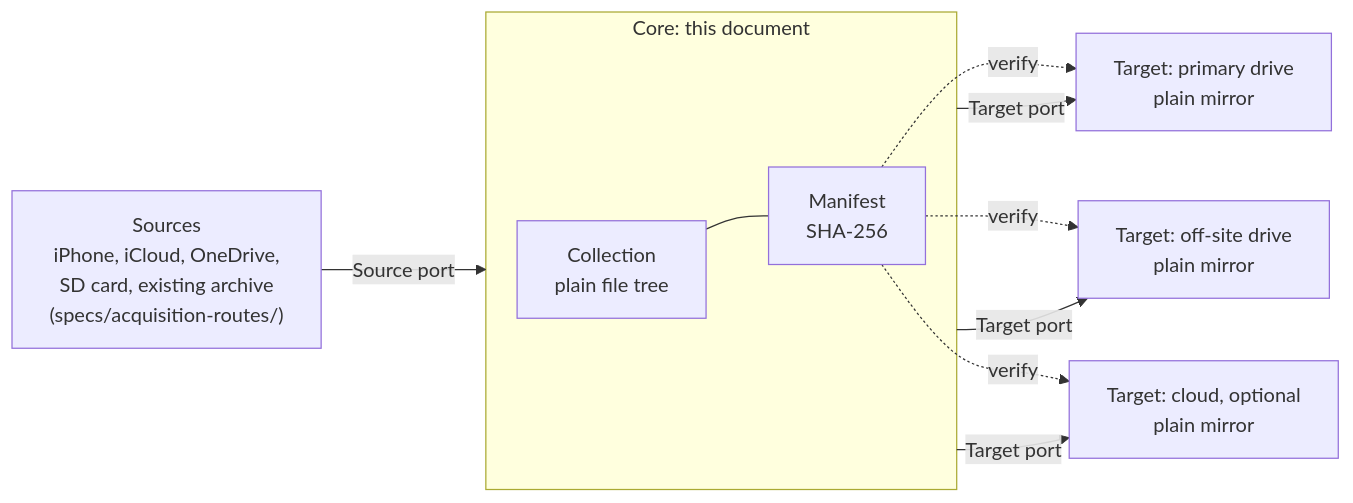
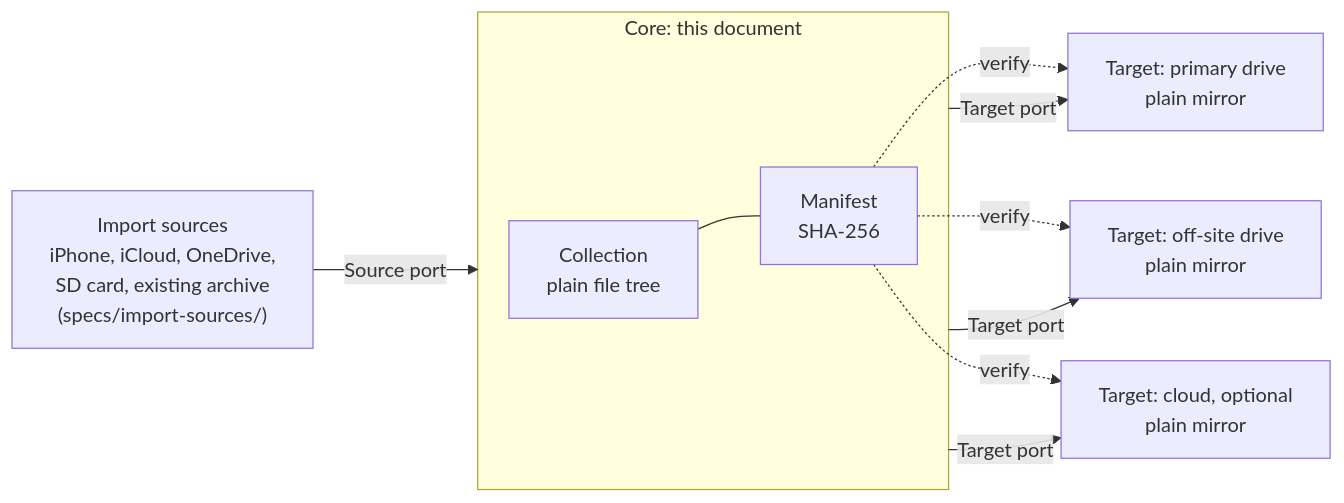
One commit to NikoAri/turbo-collection changed the diagram in specs/turbo-collection-spec.md. Above: the diagram before and after it, drawn with Mermaid. The commit also changed other lines of this file and 24 other files, not shown here.

````diff
--- a/specs/turbo-collection-spec.md
+++ b/specs/turbo-collection-spec.md
@@ -61,23 +61,23 @@
 ```mermaid
 flowchart LR
-    IN["Sources<br/>iPhone, iCloud, OneDrive,<br/>SD card, existing archive<br/>(specs/acquisition-routes/)"]
+    IN["Import sources<br/>iPhone, iCloud, OneDrive,<br/>SD card, existing archive<br/>(specs/import-sources/)"]
 
     subgraph CORE["Core: this document"]
         COL["Collection<br/>plain file tree"]
         MAN["Manifest<br/>SHA-256"]
         COL --- MAN
     end
 
     T1["Target: primary drive<br/>plain mirror"]
     T2["Target: off-site drive<br/>plain mirror"]
     T3["Target: cloud, optional<br/>plain mirror"]
 
     IN -->|Source port| CORE
     CORE -->|Target port| T1
     CORE -->|Target port| T2
     CORE -->|Target port| T3
 
     MAN -.->|verify| T1
     MAN -.->|verify| T2
     MAN -.->|verify| T3
 ```
````
